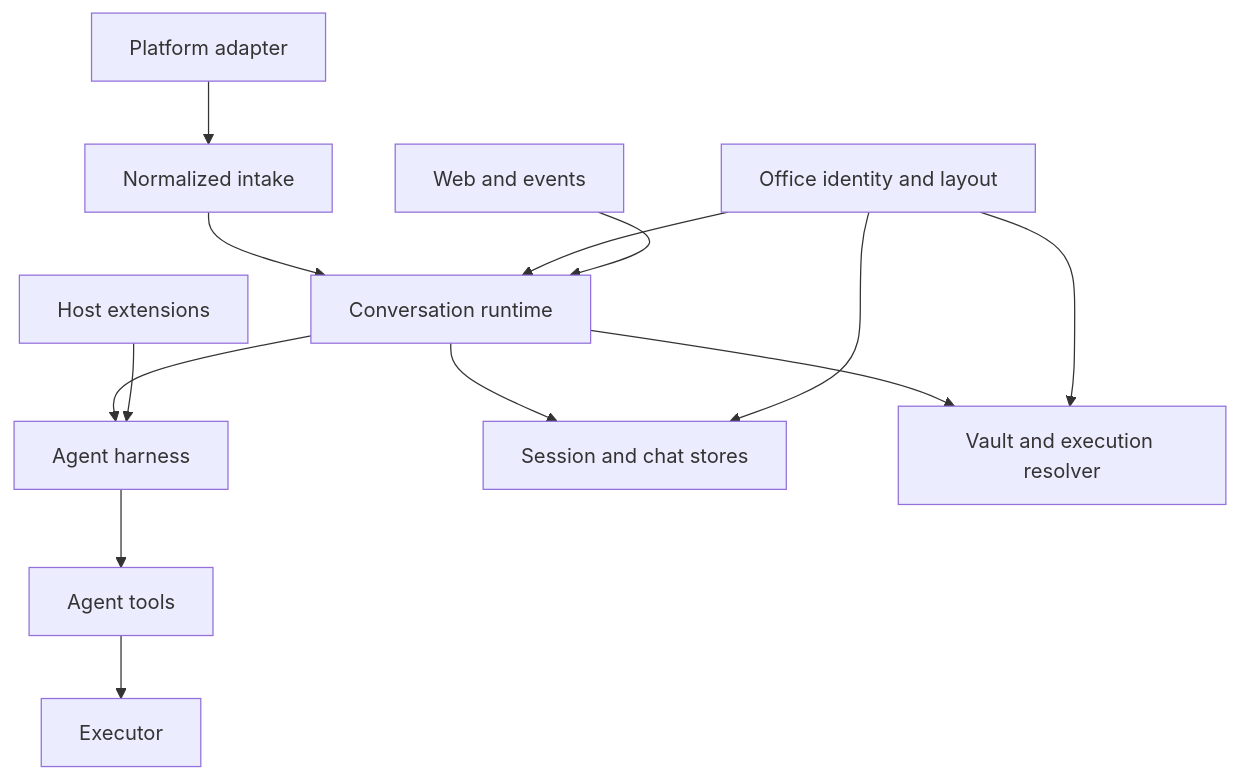
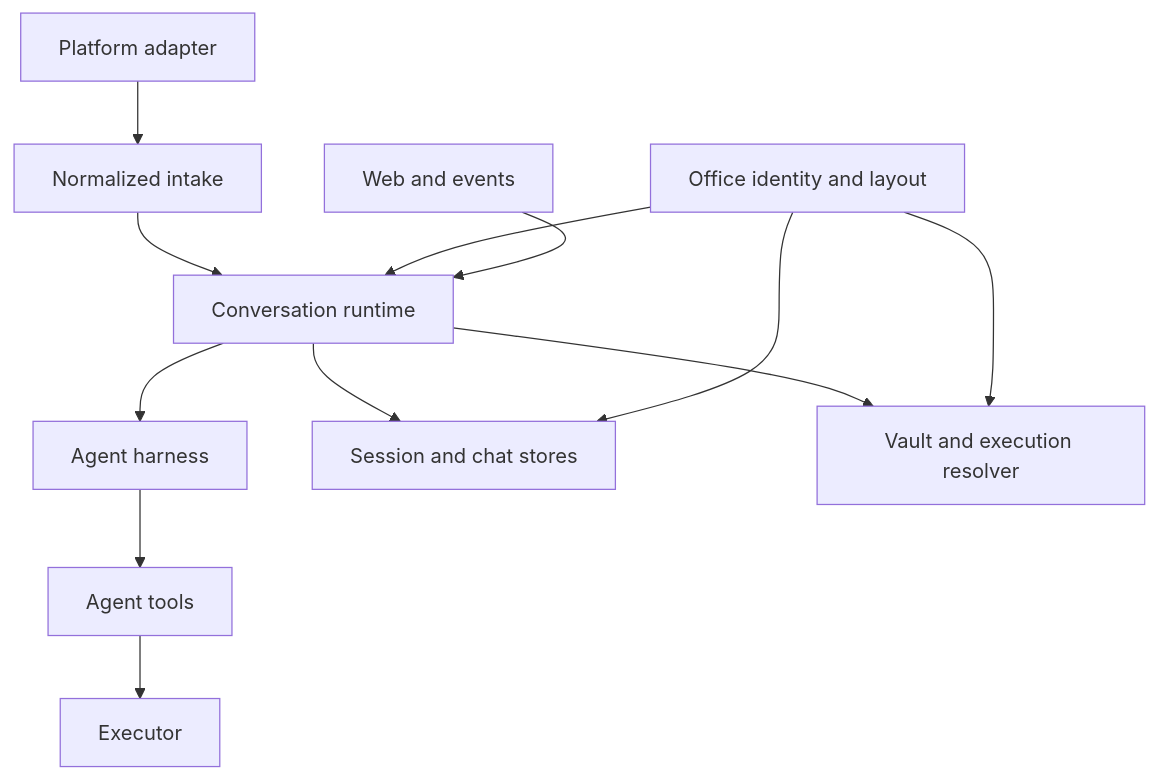
The diagram in src/content/docs/core-interfaces.mdx (geminixiang/mikan), drawn with Mermaid before and after one commit. The commit also changed other lines of this file and 149 other files, not shown here.

````diff
--- a/src/content/docs/core-interfaces.mdx
+++ b/src/content/docs/core-interfaces.mdx
@@ -21,15 +21,14 @@
 ```mermaid
 flowchart TD
   P["Platform adapter"] --> I["Normalized intake"]
   I --> R["Conversation runtime"]
   R --> H["Agent harness"]
   H --> T["Agent tools"]
   T --> E["Executor"]
   R --> S["Session and chat stores"]
   R --> V["Vault and execution resolver"]
   O["Office identity and layout"] --> R
   O --> S
   O --> V
-  X["Host extensions"] --> H
   W["Web and events"] --> R
 ```
````
